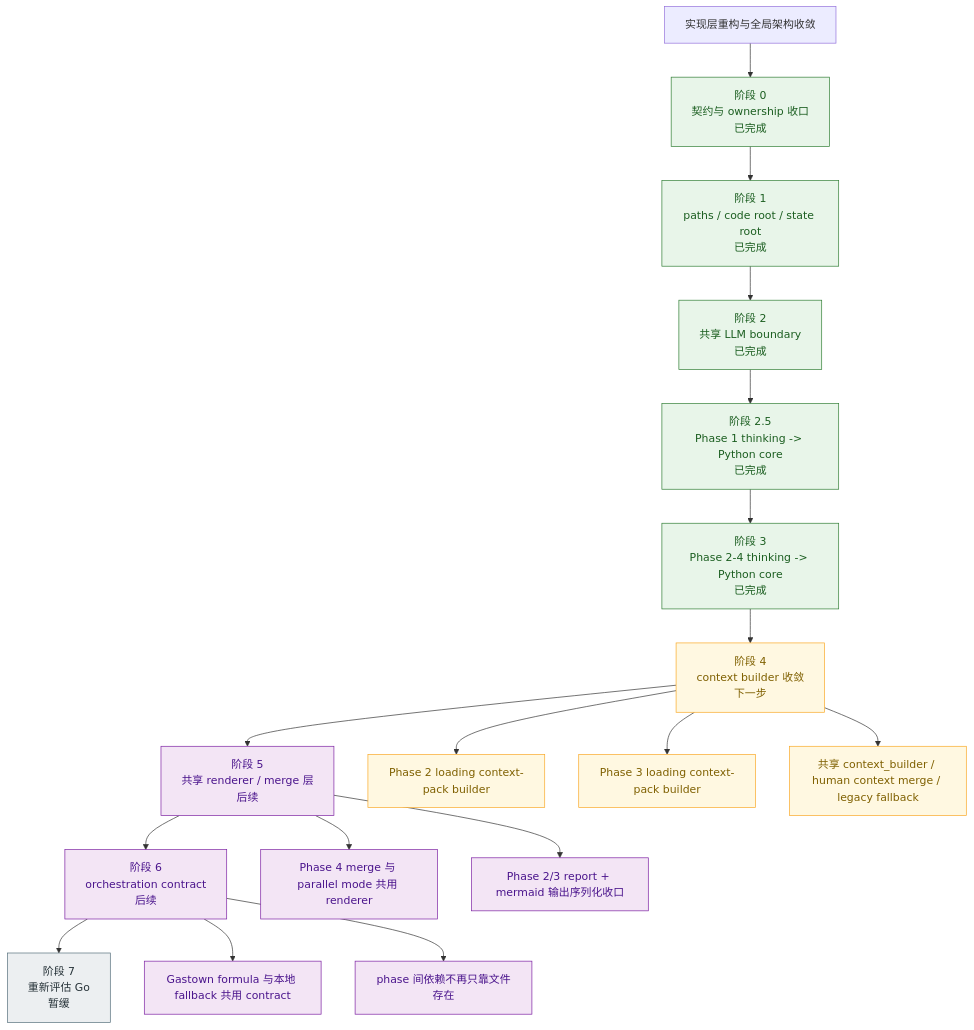
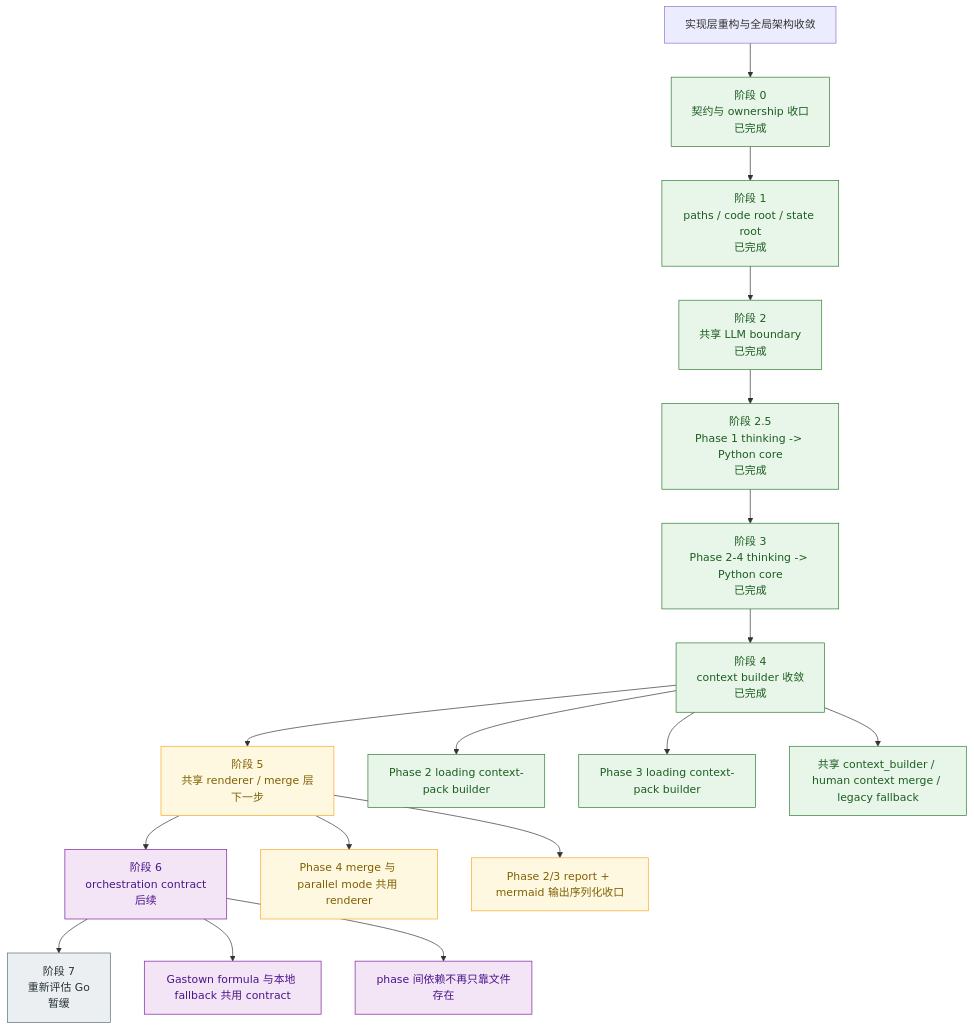
The diagram in docs/plans/implementation-core-refactor-plan.md (caapapx/email-bot), drawn with Mermaid before and after one commit. The commit also changed other lines of this file and 6 other files, not shown here.

````diff
--- a/docs/plans/implementation-core-refactor-plan.md
+++ b/docs/plans/implementation-core-refactor-plan.md
@@ -47,32 +47,32 @@
 ```mermaid
 flowchart TD
     A["实现层重构与全局架构收敛"] --> B["阶段 0<br/>契约与 ownership 收口<br/>已完成"]
     B --> C["阶段 1<br/>paths / code root / state root<br/>已完成"]
     C --> D["阶段 2<br/>共享 LLM boundary<br/>已完成"]
     D --> E["阶段 2.5<br/>Phase 1 thinking -> Python core<br/>已完成"]
     E --> F["阶段 3<br/>Phase 2-4 thinking -> Python core<br/>已完成"]
-    F --> G["阶段 4<br/>context builder 收敛<br/>下一步"]
-    G --> H["阶段 5<br/>共享 renderer / merge 层<br/>后续"]
+    F --> G["阶段 4<br/>context builder 收敛<br/>已完成"]
+    G --> H["阶段 5<br/>共享 renderer / merge 层<br/>下一步"]
     H --> I["阶段 6<br/>orchestration contract<br/>后续"]
     I --> J["阶段 7<br/>重新评估 Go<br/>暂缓"]
 
     G --> G1["Phase 2 loading context-pack builder"]
     G --> G2["Phase 3 loading context-pack builder"]
     G --> G3["共享 context_builder / human context merge / legacy fallback"]
 
     H --> H1["Phase 4 merge 与 parallel mode 共用 renderer"]
     H --> H2["Phase 2/3 report + mermaid 输出序列化收口"]
 
     I --> I1["Gastown formula 与本地 fallback 共用 contract"]
     I --> I2["phase 间依赖不再只靠文件存在"]
 
     classDef done fill:#e8f5e9,stroke:#2e7d32,color:#1b5e20;
     classDef next fill:#fff8e1,stroke:#f9a825,color:#7f6000;
     classDef later fill:#f3e5f5,stroke:#7b1fa2,color:#4a148c;
     classDef parked fill:#eceff1,stroke:#546e7a,color:#263238;
 
-    class B,C,D,E,F done;
-    class G,G1,G2,G3 next;
-    class H,H1,H2,I,I1,I2 later;
+    class B,C,D,E,F,G,G1,G2,G3 done;
+    class H,H1,H2 next;
+    class I,I1,I2 later;
     class J parked;
 ```
````
